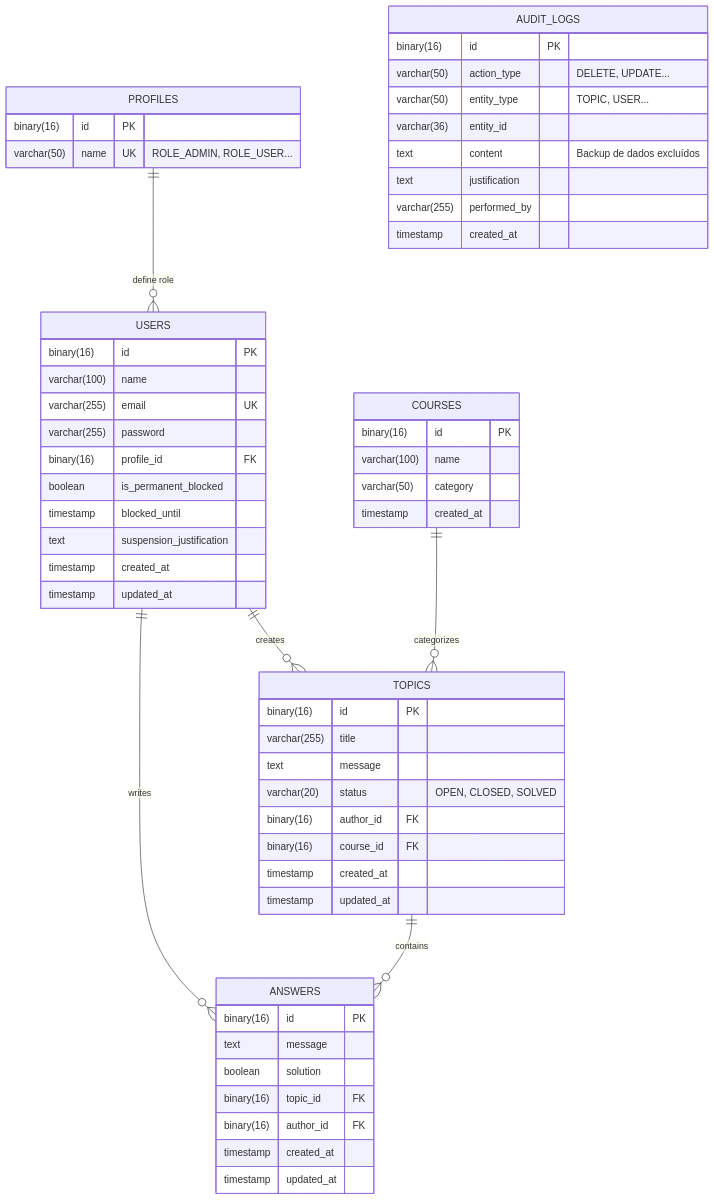
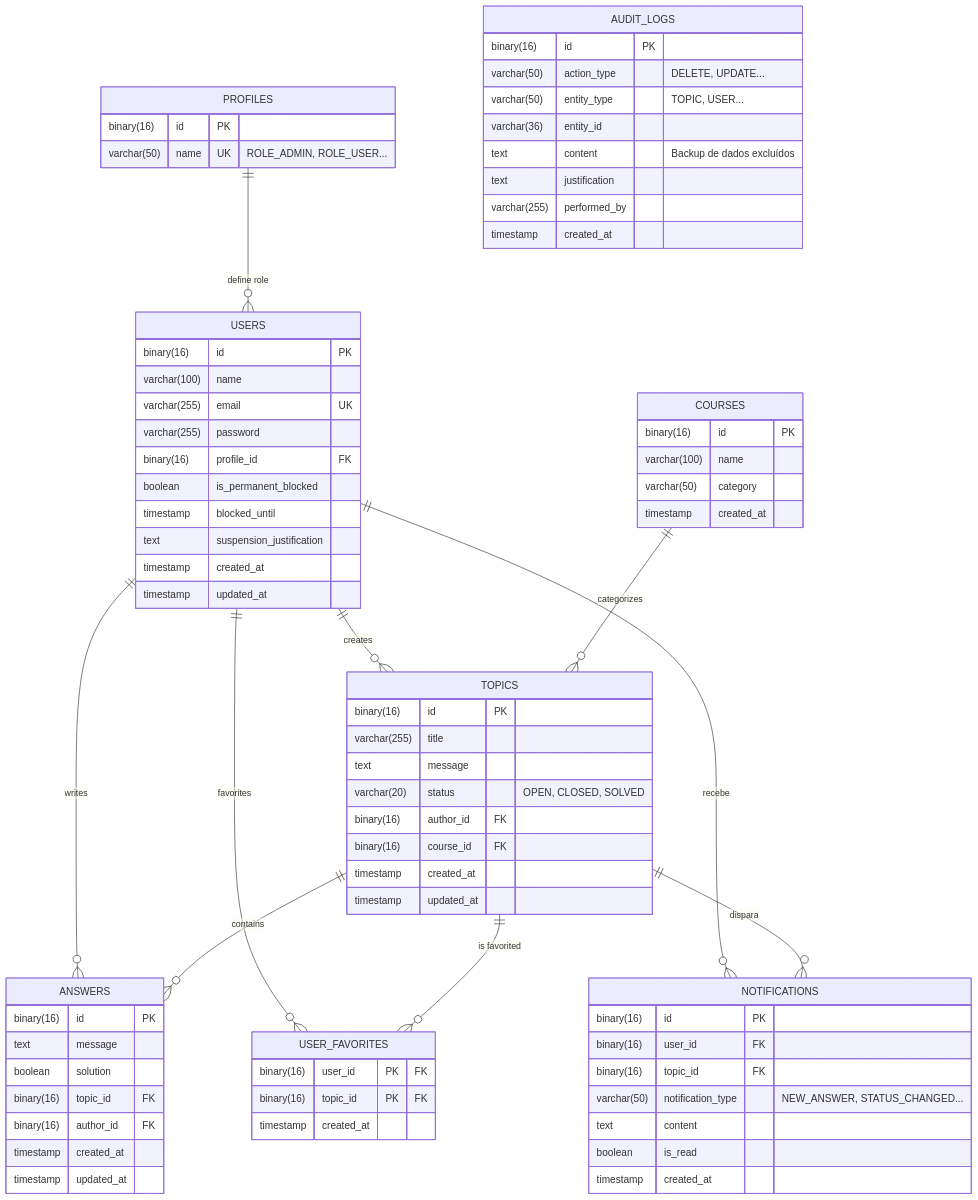
The diagram in docs/pt-br/07-banco-dados.md (DessimA/forum-hub), drawn with Mermaid before and after one commit. The commit also changed other lines of this file and 8 other files, not shown here.

First line of the commit message:
docs(global): sync documentation for favorites and notifications system

```diff
--- a/docs/pt-br/07-banco-dados.md
+++ b/docs/pt-br/07-banco-dados.md
@@ -13,6 +13,10 @@
     USERS ||--o{ ANSWERS : writes
     COURSES ||--o{ TOPICS : categorizes
     TOPICS ||--o{ ANSWERS : contains
+    USERS ||--o{ USER_FAVORITES : favorites
+    TOPICS ||--o{ USER_FAVORITES : "is favorited"
+    USERS ||--o{ NOTIFICATIONS : recebe
+    TOPICS ||--o{ NOTIFICATIONS : dispara
 
     PROFILES {
         binary(16) id PK
@@ -30,6 +34,22 @@
         text suspension_justification
         timestamp created_at
         timestamp updated_at
+    }
+
+    USER_FAVORITES {
+        binary(16) user_id PK "FK"
+        binary(16) topic_id PK "FK"
+        timestamp created_at
+    }
+
+    NOTIFICATIONS {
+        binary(16) id PK
+        binary(16) user_id FK
+        binary(16) topic_id FK
+        varchar(50) notification_type "NEW_ANSWER, STATUS_CHANGED..."
+        text content
+        boolean is_read
+        timestamp created_at
     }
 
     COURSES {
```
